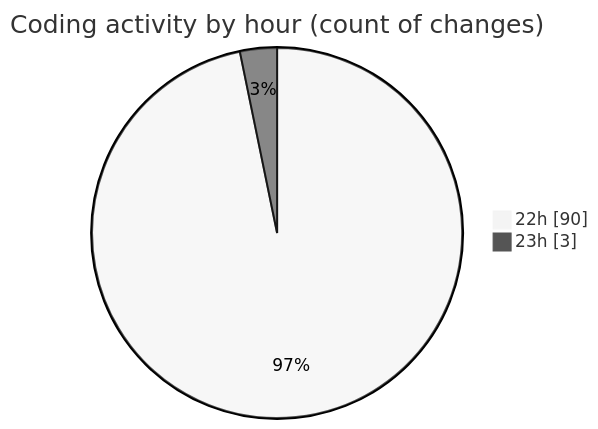
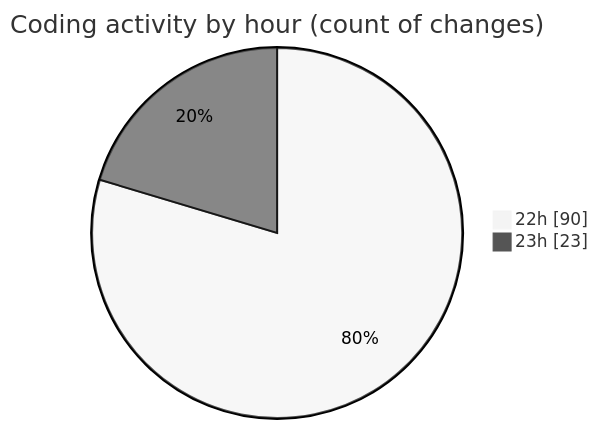
Before and after one commit to Ritupan-Deka/code-tracking: the second of 2 diagrams in 2025-08-01/javascript/README.md, drawn with Mermaid (neutral theme). The commit also changed other lines of this file and 1 other file, not shown here.

````diff
--- a/2025-08-01/javascript/README.md
+++ b/2025-08-01/javascript/README.md
@@ -28,6 +29,6 @@
 ```mermaid
 pie showData
 title Coding activity by hour (count of changes)
 "22h" : 90
-"23h" : 3
+"23h" : 23
 ```
````
